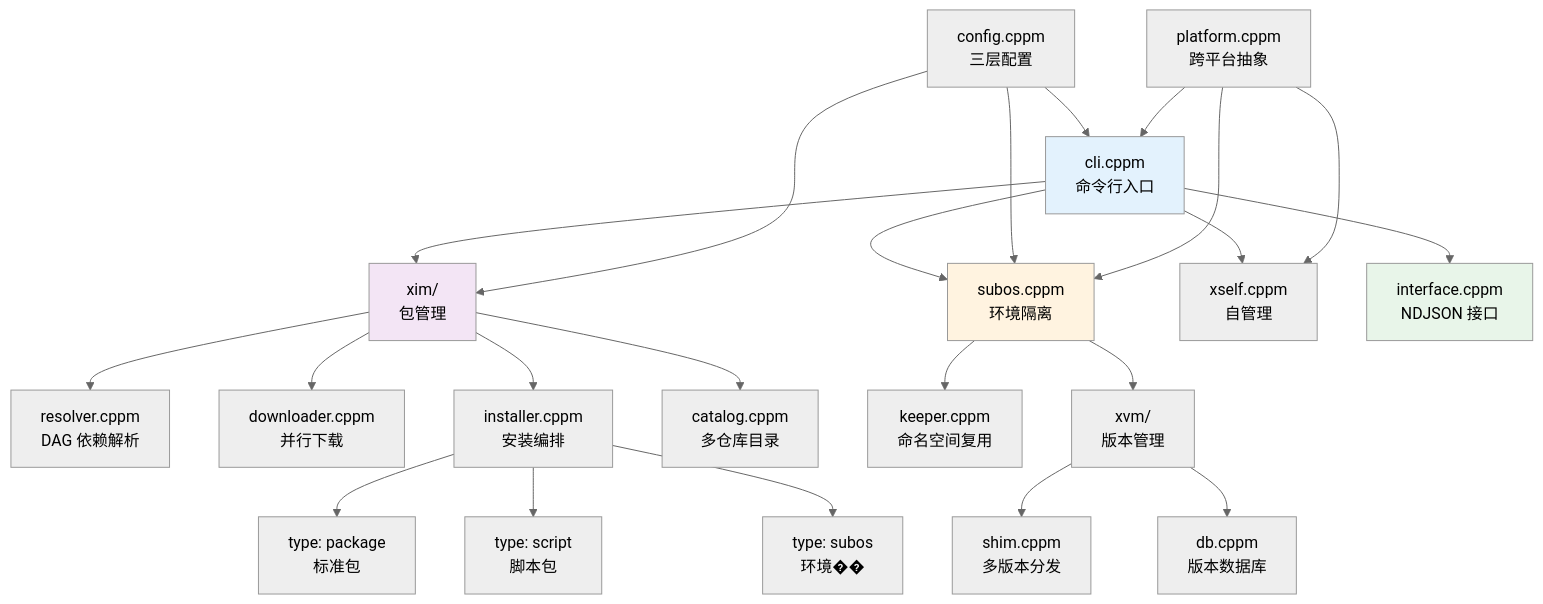
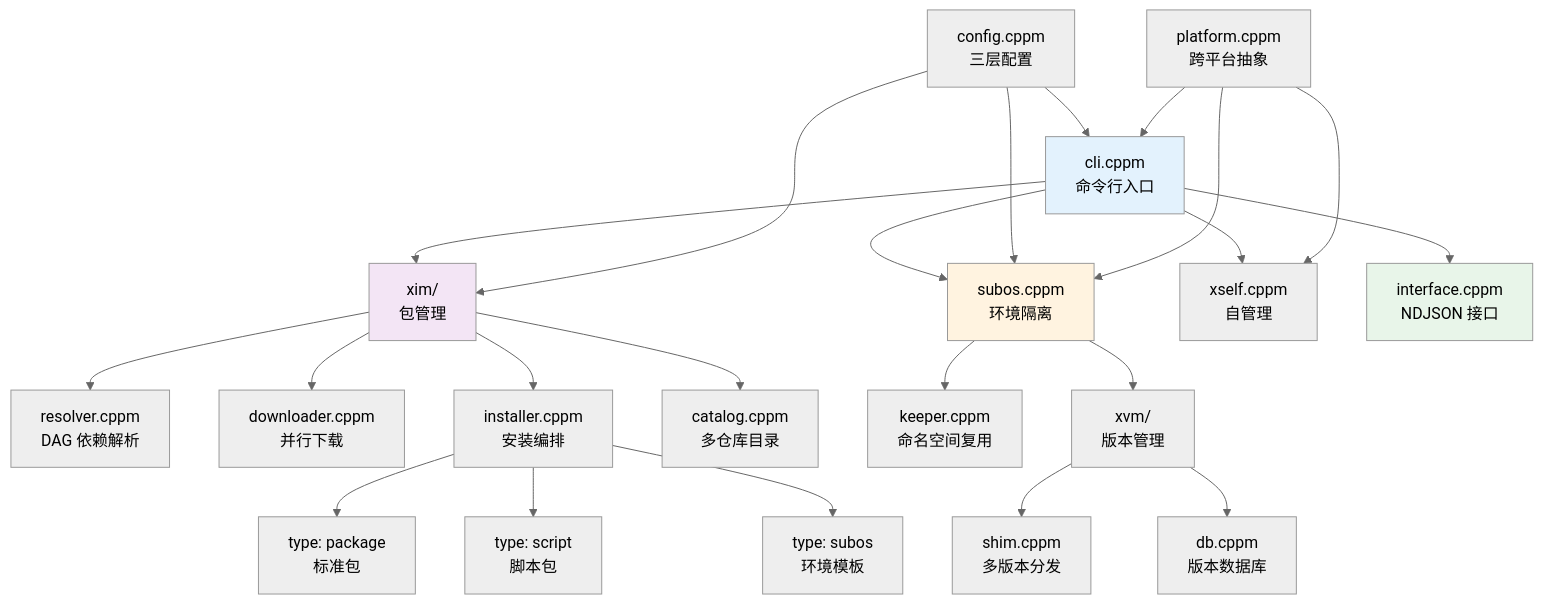
One commit to openxlings/xlings changed the first of 4 diagrams in docs/architecture/overview.md. Above: the diagram before and after it, drawn with Mermaid (neutral theme). The commit also changed other lines of this file and 30 other files, not shown here.

````diff
--- a/docs/architecture/overview.md
+++ b/docs/architecture/overview.md
@@ -11,35 +11,35 @@
 ```mermaid
 graph TD
     CLI[cli.cppm<br/>命令行入口] --> XIM[xim/<br/>包管理]
     CLI --> SUBOS[subos.cppm<br/>环境隔离]
     CLI --> XSELF[xself.cppm<br/>自管理]
     CLI --> IFACE[interface.cppm<br/>NDJSON 接口]
 
     XIM --> RESOLVER[resolver.cppm<br/>DAG 依赖解析]
     XIM --> DOWNLOADER[downloader.cppm<br/>并行下载]
     XIM --> INSTALLER[installer.cppm<br/>安装编排]
     XIM --> CATALOG[catalog.cppm<br/>多仓库目录]
 
     INSTALLER --> TYPE_PKG[type: package<br/>标准包]
     INSTALLER --> TYPE_SCRIPT[type: script<br/>脚本包]
-    INSTALLER --> TYPE_SUBOS[type: subos<br/>环境��]
+    INSTALLER --> TYPE_SUBOS[type: subos<br/>环境模板]
 
     SUBOS --> KEEPER[keeper.cppm<br/>命名空间复用]
     SUBOS --> XVM[xvm/<br/>版本管理]
 
     XVM --> SHIM[shim.cppm<br/>多版本分发]
     XVM --> DB[db.cppm<br/>版本数据库]
 
     CONFIG[config.cppm<br/>三层配置] --> CLI
     CONFIG --> XIM
     CONFIG --> SUBOS
 
     PLATFORM[platform.cppm<br/>跨平台抽象] --> CLI
     PLATFORM --> SUBOS
     PLATFORM --> XSELF
 
     style CLI fill:#e3f2fd
     style IFACE fill:#e8f5e9
     style SUBOS fill:#fff3e0
     style XIM fill:#f3e5f5
 ```
````
